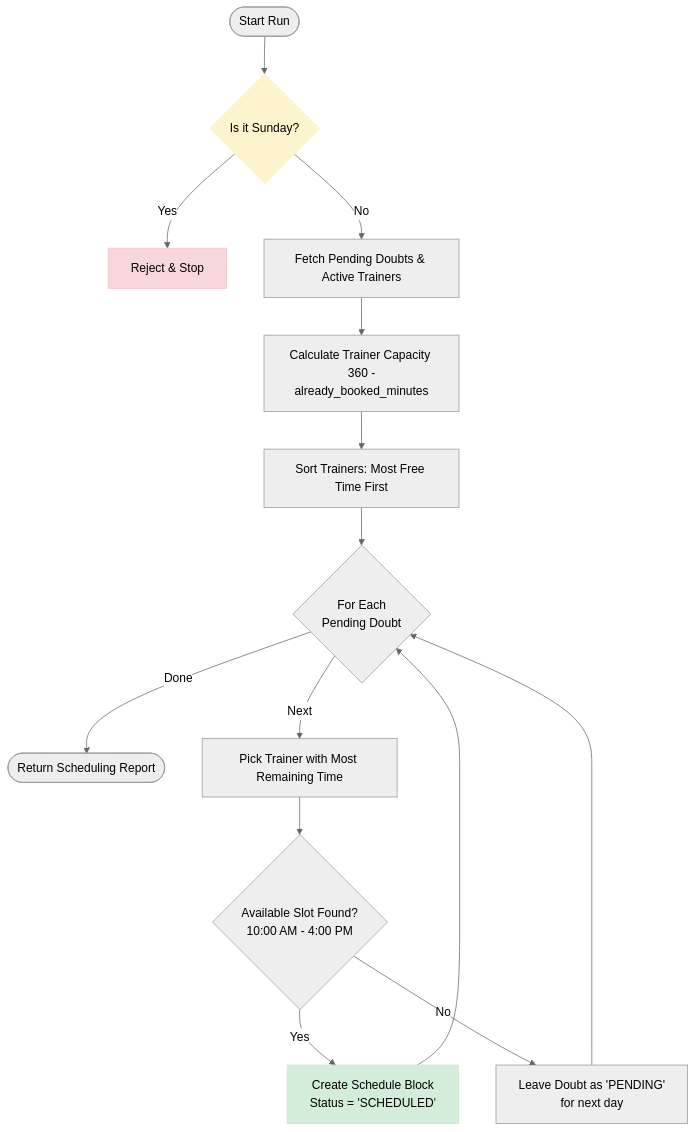
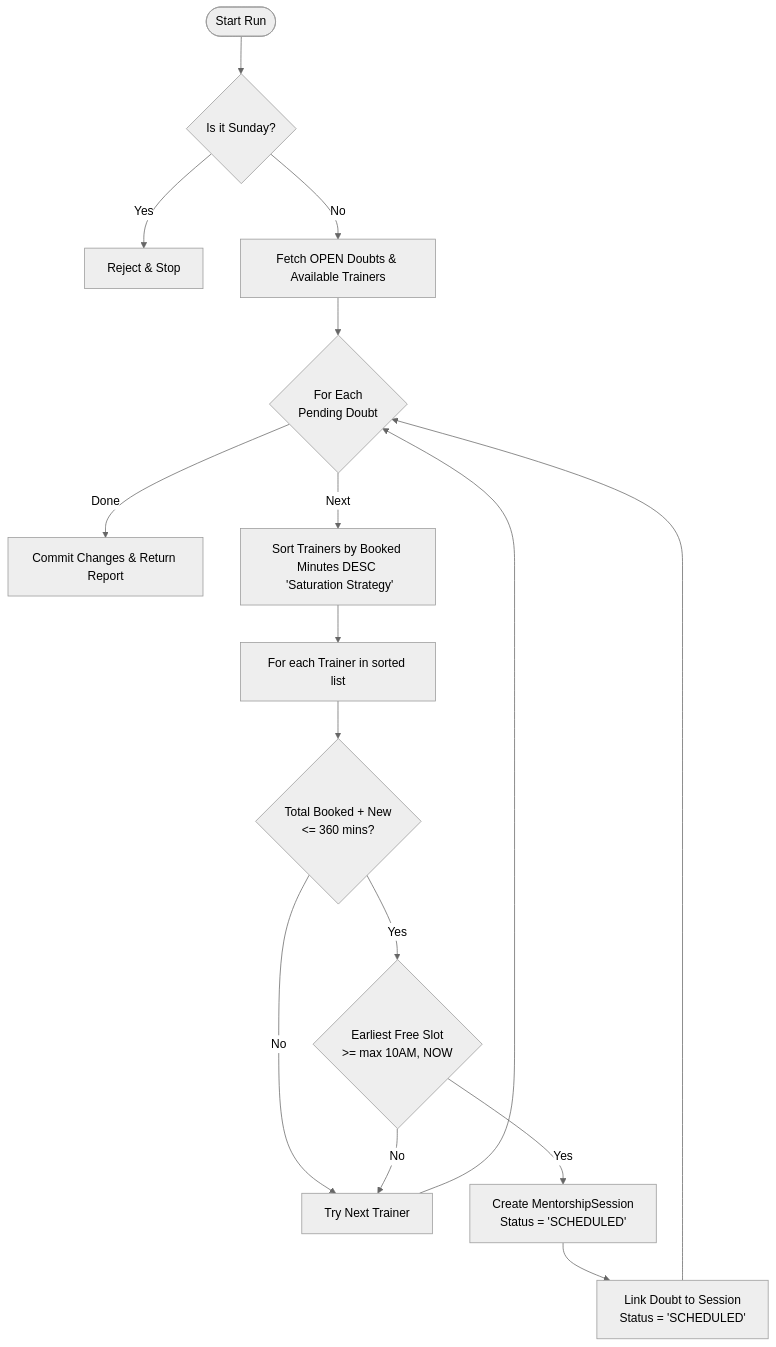
The diagram in SCHEDULER_LOGIC.md (suyash-rgb/JS-Mentor), drawn with Mermaid (neutral theme) before and after one commit. The commit also changed other lines of this file and 6 other files, not shown here.

First line of the commit message:
fix: optimizing the doubt scheduling engine

````diff
--- a/SCHEDULER_LOGIC.md
+++ b/SCHEDULER_LOGIC.md
@@ -1,27 +20,29 @@
 ```mermaid
 graph TD
     Start([Start Run]) --> IsSunday{Is it Sunday?}
     
     IsSunday -- Yes --> Reject[Reject & Stop]
-    IsSunday -- No --> FetchData[Fetch Pending Doubts & Active Trainers]
+    IsSunday -- No --> FetchData[Fetch OPEN Doubts & Available Trainers]
     
-    FetchData --> CalcTime[Calculate Trainer Capacity <br/> 360 - already_booked_minutes]
-    CalcTime --> SortTrainers[Sort Trainers: Most Free Time First]
+    FetchData --> LoopDoubt{For Each <br/> Pending Doubt}
     
-    SortTrainers --> LoopDoubt{For Each <br/> Pending Doubt}
+    LoopDoubt -- Done --> Commit[Commit Changes & Return Report]
     
-    LoopDoubt -- Done --> Report([Return Scheduling Report])
+    LoopDoubt -- Next --> SortTrainers[Sort Trainers by Booked Minutes DESC <br/> 'Saturation Strategy']
     
-    LoopDoubt -- Next --> PickTrainer[Pick Trainer with Most Remaining Time]
-    PickTrainer --> FindSlot{Available Slot Found? <br/> 10:00 AM - 4:00 PM}
+    SortTrainers --> PickTrainer[For each Trainer in sorted list]
     
-    FindSlot -- Yes --> Update[Create Schedule Block <br/> Status = 'SCHEDULED']
-    FindSlot -- No --> Skip[Leave Doubt as 'PENDING' <br/> for next day]
+    PickTrainer --> CapacityCheck{Total Booked + New <br/> <= 360 mins?}
     
-    Update --> LoopDoubt
-    Skip --> LoopDoubt
+    CapacityCheck -- No --> NextTrainer[Try Next Trainer]
+    
+    CapacityCheck -- Yes --> FindSlot{Earliest Free Slot <br/> >= max 10AM, NOW}
+    
+    FindSlot -- No --> NextTrainer
+    
+    FindSlot -- Yes --> CreateSession[Create MentorshipSession <br/> Status = 'SCHEDULED']
+    CreateSession --> UpdateDoubt[Link Doubt to Session <br/> Status = 'SCHEDULED']
+    UpdateDoubt --> LoopDoubt
 
-    style Reject fill:#f8d7da,stroke:#f5c6cb
-    style IsSunday fill:#fff3cd,stroke:#ffeeba
-    style Update fill:#d4edda,stroke:#c3e6cb
-``` 
+    NextTrainer --> LoopDoubt
+```
````
